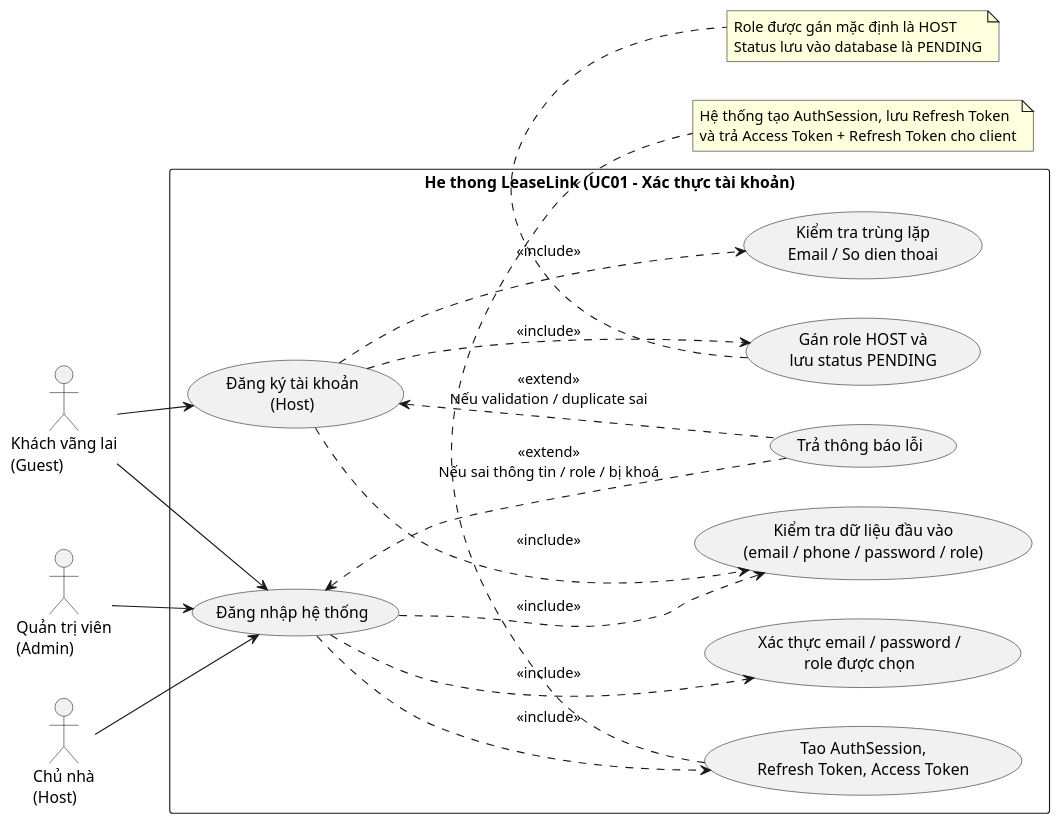
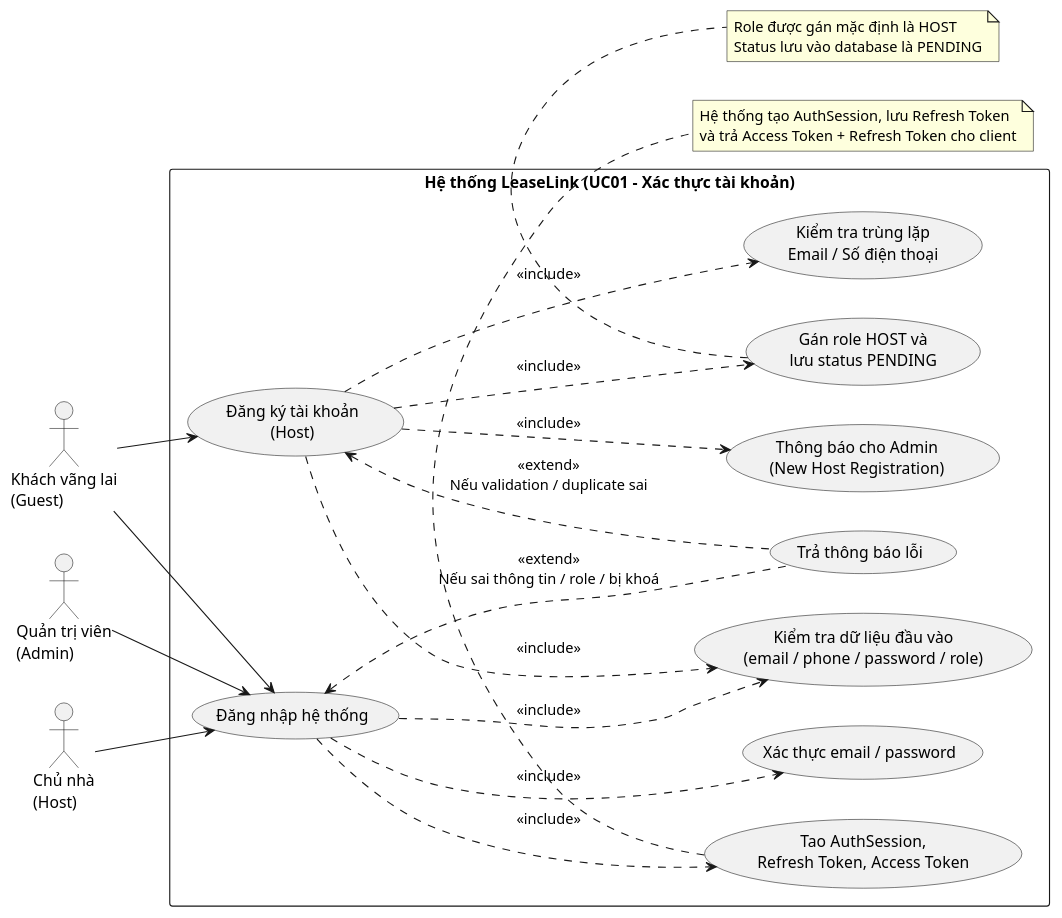
The diagram in src/main/java/vn/hcmute/edu/lequanghung_nguyenthaibao/backend/uml/UC01/uc1.puml (chishiya2309/LeaseLink-Backend), drawn with PlantUML before and after one commit. The commit also changed 3 other files, not shown here.

Commit message:
Điều chỉnh uml của UC01

```diff
--- a/src/main/java/vn/hcmute/edu/lequanghung_nguyenthaibao/backend/uml/UC01/uc1.puml
+++ b/src/main/java/vn/hcmute/edu/lequanghung_nguyenthaibao/backend/uml/UC01/uc1.puml
@@ -1,46 +1,48 @@
 @startuml
 left to right direction
 skinparam packageStyle rectangle
 
 actor "Khách vãng lai\n(Guest)" as guest
 actor "Chủ nhà\n(Host)" as host
 actor "Quản trị viên\n(Admin)" as admin
 
-package "He thong LeaseLink (UC01 - Xác thực tài khoản)" {
+package "Hệ thống LeaseLink (UC01 - Xác thực tài khoản)" {
     usecase "Đăng ký tài khoản\n(Host)" as UC_Register
     usecase "Đăng nhập hệ thống" as UC_Login
     usecase "Kiểm tra dữ liệu đầu vào\n(email / phone / password / role)" as UC_Validate
-    usecase "Kiểm tra trùng lặp\nEmail / So dien thoai" as UC_CheckDuplicate
+    usecase "Kiểm tra trùng lặp\nEmail / Số điện thoại" as UC_CheckDuplicate
     usecase "Gán role HOST và\nlưu status PENDING" as UC_PersistRegister
-    usecase "Xác thực email / password /\nrole được chọn" as UC_Authenticate
+    usecase "Thông báo cho Admin\n(New Host Registration)" as UC_NotifyAdmin
+    usecase "Xác thực email / password" as UC_Authenticate
     usecase "Tao AuthSession,\nRefresh Token, Access Token" as UC_IssueToken
     usecase "Trả thông báo lỗi" as UC_ShowError
 }
 
 guest --> UC_Register
 guest --> UC_Login
 host --> UC_Login
 admin --> UC_Login
 
 UC_Register ..> UC_Validate : <<include>>
 UC_Register ..> UC_CheckDuplicate : <<include>>
 UC_Register ..> UC_PersistRegister : <<include>>
+UC_Register ..> UC_NotifyAdmin : <<include>>
 
 UC_Login ..> UC_Validate : <<include>>
 UC_Login ..> UC_Authenticate : <<include>>
 UC_Login ..> UC_IssueToken : <<include>>
 
 UC_ShowError .up.> UC_Register : <<extend>>\nNếu validation / duplicate sai
 UC_ShowError .up.> UC_Login : <<extend>>\nNếu sai thông tin / role / bị khoá
 
 note bottom of UC_PersistRegister
 Role được gán mặc định là HOST
 Status lưu vào database là PENDING
 end note
 
 note bottom of UC_IssueToken
 Hệ thống tạo AuthSession, lưu Refresh Token
 và trả Access Token + Refresh Token cho client
 end note
 
 @enduml
```
